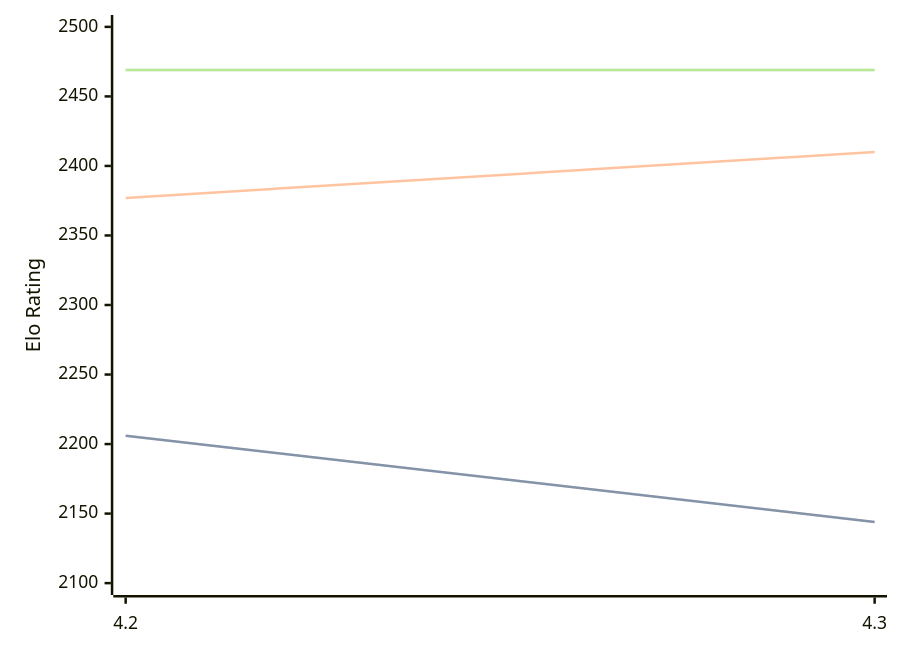
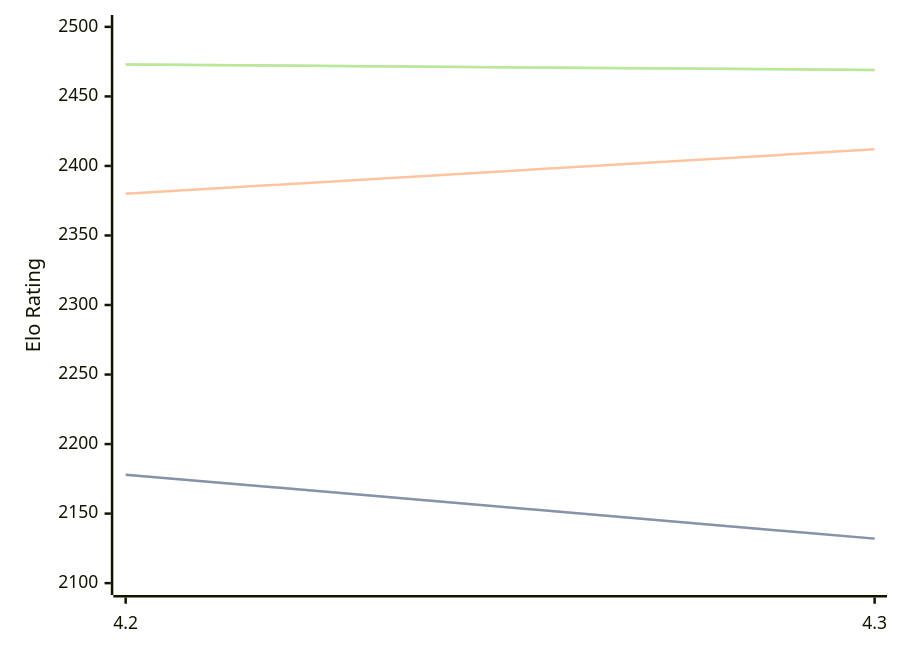
Before and after one commit to computer-chess-index/cci: the diagram in engines/Eubos.md, drawn with Mermaid. The commit also changed other lines of this file, not shown here.

Commit message:
Update CCI Ratings (ELO VLTC) - 2026-02-24

````diff
--- a/engines/Eubos.md
+++ b/engines/Eubos.md
@@ -85,11 +85,11 @@
 ```mermaid
 %%{init: {"theme":"base","themeVariables":{"seriesColors:['#a3a3a3','#222221','#faa371']}}}%%
 xychart-beta
   x-axis ["4.2", "4.3"]
   y-axis "Elo Rating" 2100 --> 2500
-  line "STC (8.0+0.08s)" [2206, 2144]
-  line "STC (8.0+0.08s)" [2206, 2144]
-  line "LTC (60.0+0.60s)" [2377, 2410]
-  line "VLTC (2m24s+1.12s)" [2469, 2469]
-  line "VLTC (2m24s+1.12s)" [2469, 2469]
+  line "STC (8.0+0.08s)" [2178, 2132]
+  line "STC (8.0+0.08s)" [2178, 2132]
+  line "LTC (60.0+0.60s)" [2380, 2412]
+  line "VLTC (2m24s+1.12s)" [2473, 2469]
+  line "VLTC (2m24s+1.12s)" [2473, 2469]
 ```
````
